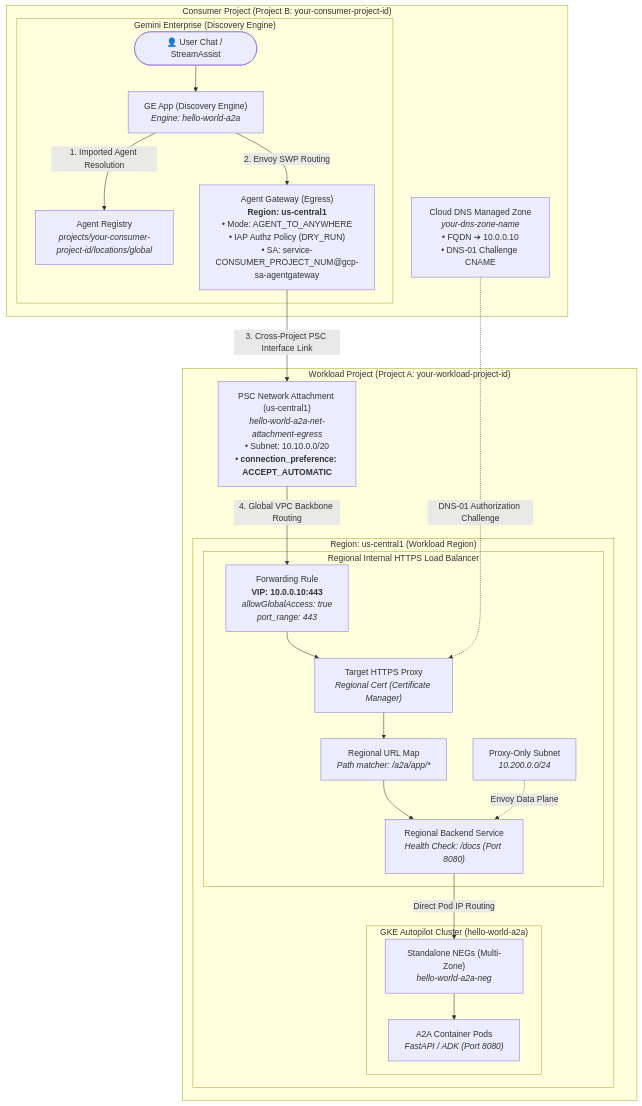
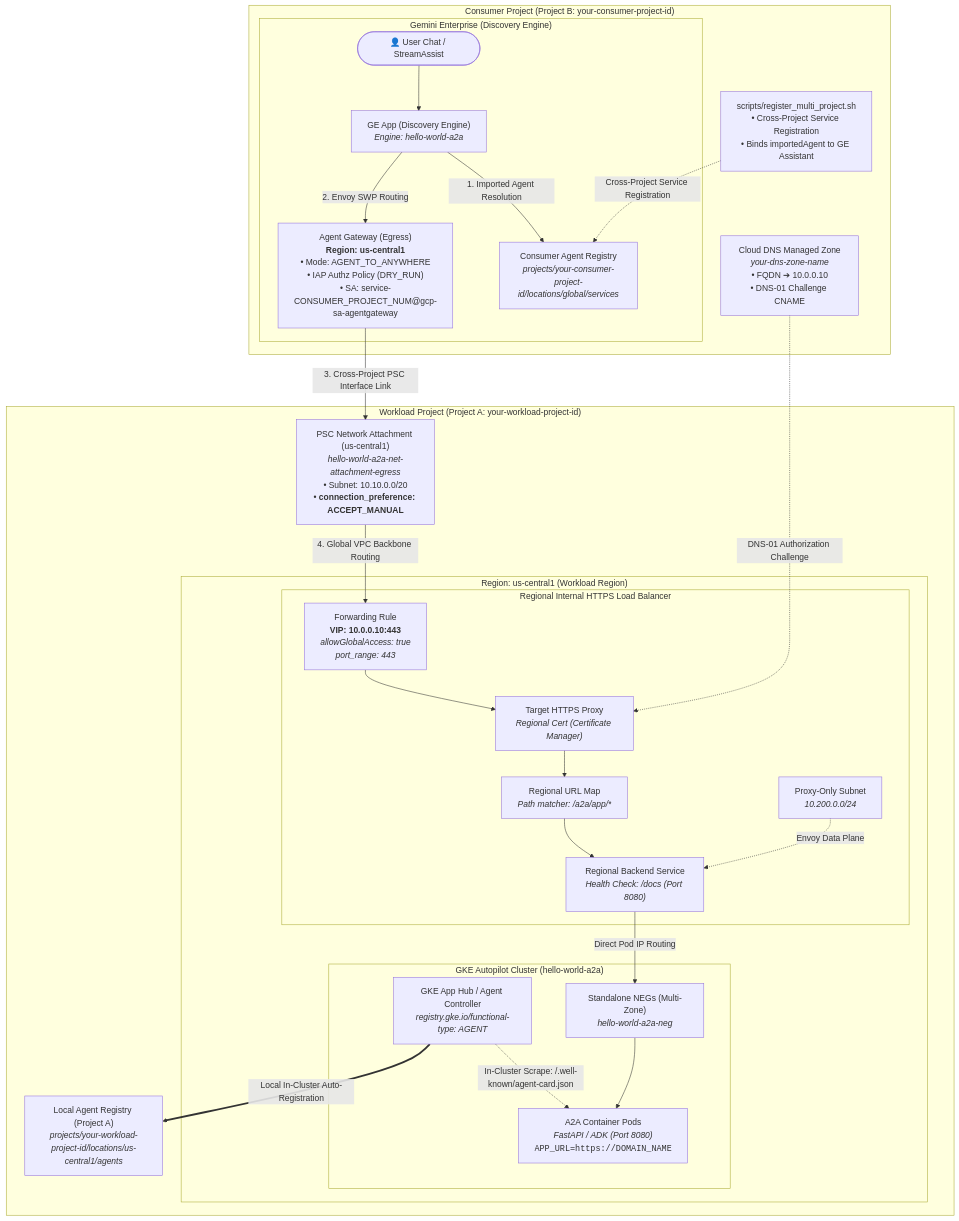
One commit to abhinavrau/hello-world-geapp-a2a-on-gke changed the diagram in docs/architecture/multi-project.md. Above: the diagram before and after it, drawn with Mermaid. The commit also changed other lines of this file and 13 other files, not shown here.

First line of the commit message:
feat: add GKE in-cluster agent auto-registration and dynamic skill discovery

````diff
--- a/docs/architecture/multi-project.md
+++ b/docs/architecture/multi-project.md
@@ -23,38 +23,44 @@
 ```mermaid
 flowchart TD
     subgraph ConsumerProj["Consumer Project (Project B: your-consumer-project-id)"]
         subgraph GE["Gemini Enterprise (Discovery Engine)"]
             User(["👤 User Chat / StreamAssist"]) --> Assistant["GE App (Discovery Engine)<br><i>Engine: hello-world-a2a</i>"]
-            Assistant -->|1. Imported Agent Resolution| AgentReg["Agent Registry<br><i>projects/your-consumer-project-id/locations/global</i>"]
+            Assistant -->|1. Imported Agent Resolution| ConsumerAgentReg["Consumer Agent Registry<br><i>projects/your-consumer-project-id/locations/global/services</i>"]
             Assistant -->|2. Envoy SWP Routing| AGW["Agent Gateway (Egress)<br><b>Region: us-central1</b><br>• Mode: AGENT_TO_ANYWHERE<br>• IAP Authz Policy (DRY_RUN)<br>• SA: service-CONSUMER_PROJECT_NUM@gcp-sa-agentgateway"]
         end
         DNS["Cloud DNS Managed Zone<br><i>your-dns-zone-name</i><br>• FQDN ➔ 10.0.0.10<br>• DNS-01 Challenge CNAME"]
+        RegScript["scripts/register_multi_project.sh<br>• Cross-Project Service Registration<br>• Binds importedAgent to GE Assistant"]
     end
 
     subgraph WorkloadProj["Workload Project (Project A: your-workload-project-id)"]
-        NetAttach["PSC Network Attachment (us-central1)<br><i>hello-world-a2a-net-attachment-egress</i><br>• Subnet: 10.10.0.0/20<br>• <b>connection_preference: ACCEPT_AUTOMATIC</b>"]
+        NetAttach["PSC Network Attachment (us-central1)<br><i>hello-world-a2a-net-attachment-egress</i><br>• Subnet: 10.10.0.0/20<br>• <b>connection_preference: ACCEPT_MANUAL</b>"]
+        WorkloadAgentReg["Local Agent Registry (Project A)<br><i>projects/your-workload-project-id/locations/us-central1/agents</i>"]
 
         subgraph GKERegion["Region: us-central1 (Workload Region)"]
             subgraph LoadBalancer["Regional Internal HTTPS Load Balancer"]
                 FWR["Forwarding Rule<br><b>VIP: 10.0.0.10:443</b><br><i>allowGlobalAccess: true</i><br><i>port_range: 443</i>"]
                 Proxy["Target HTTPS Proxy<br><i>Regional Cert (Certificate Manager)</i>"]
                 URLMap["Regional URL Map<br><i>Path matcher: /a2a/app/*</i>"]
                 BackendSvc["Regional Backend Service<br><i>Health Check: /docs (Port 8080)</i>"]
                 ProxySubnet["Proxy-Only Subnet<br><i>10.200.0.0/24</i>"]
                 
                 FWR --> Proxy --> URLMap --> BackendSvc
                 ProxySubnet -.->|Envoy Data Plane| BackendSvc
             end
 
             subgraph GKECluster["GKE Autopilot Cluster (hello-world-a2a)"]
+                Ctrl["GKE App Hub / Agent Controller<br><i>registry.gke.io/functional-type: AGENT</i>"]
                 NEG["Standalone NEGs (Multi-Zone)<br><i>hello-world-a2a-neg</i>"]
-                Pods["A2A Container Pods<br><i>FastAPI / ADK (Port 8080)</i>"]
+                Pods["A2A Container Pods<br><i>FastAPI / ADK (Port 8080)</i><br><code>APP_URL=https://DOMAIN_NAME</code>"]
                 BackendSvc -->|Direct Pod IP Routing| NEG --> Pods
+                Ctrl -.->|In-Cluster Scrape: /.well-known/agent-card.json| Pods
             end
         end
     end
 
+    Ctrl ==>|Local In-Cluster Auto-Registration| WorkloadAgentReg
+    RegScript -.->|Cross-Project Service Registration| ConsumerAgentReg
     AGW -->|3. Cross-Project PSC Interface Link| NetAttach
     NetAttach -->|4. Global VPC Backbone Routing| FWR
     DNS -.->|DNS-01 Authorization Challenge| Proxy
 ```
````
